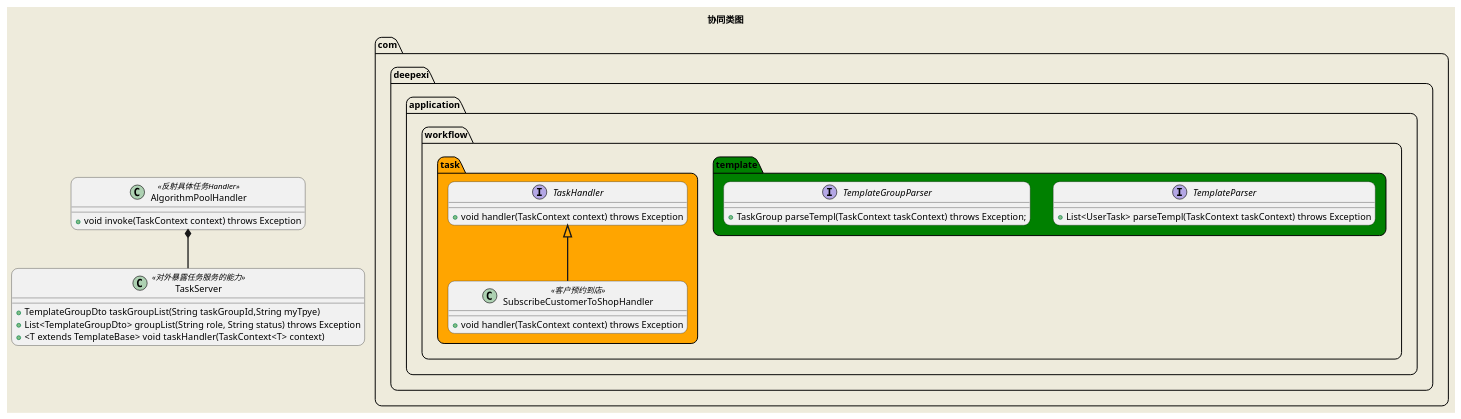
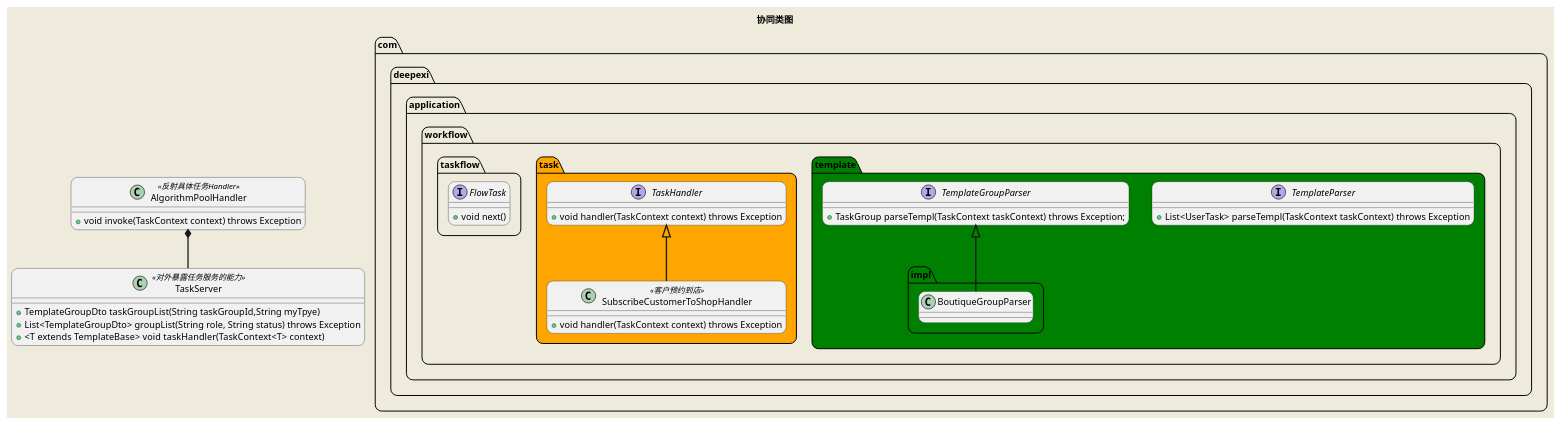
The diagram in doc/plantuml/4.协同类图.wsd (twfx7758/blchina), drawn with PlantUML before and after one commit. The commit also changed 7 other files, not shown here.

```diff
--- a/doc/plantuml/4.协同类图.wsd
+++ b/doc/plantuml/4.协同类图.wsd
@@ -1,46 +1,58 @@
 @startuml
 
 title 协同类图
 
 'skinparam packageStyle rect
 skinparam backgroundColor #EEEBDC
 skinparam roundcorner 20
 skinparam sequenceArrowThickness 2
 'skinparam handwritten true
 
 class TaskServer<<对外暴露任务服务的能力>> {
     +TemplateGroupDto taskGroupList(String taskGroupId,String myTpye)
     +List<TemplateGroupDto> groupList(String role, String status) throws Exception
     +<T extends TemplateBase>  void taskHandler(TaskContext<T> context)
 }
 
 class AlgorithmPoolHandler<<反射具体任务Handler>> {
     +void invoke(TaskContext context) throws Exception
 }
 
 AlgorithmPoolHandler *--TaskServer
 
-namespace com.deepexi.application.workflow.template #green {
+package com.deepexi.application.workflow.template #green {
     interface TemplateParser {
         +List<UserTask> parseTempl(TaskContext taskContext) throws Exception
     }
 
     interface TemplateGroupParser {
         +TaskGroup parseTempl(TaskContext taskContext) throws Exception;
     }
+
+    class impl.BoutiqueGroupParser {
+
+    }
+
+    TemplateGroupParser <|-- impl.BoutiqueGroupParser
 }
 
-namespace com.deepexi.application.workflow.task #orange {
+package com.deepexi.application.workflow.task #orange {
     interface TaskHandler {
         +void handler(TaskContext context) throws Exception
     }
 
     class SubscribeCustomerToShopHandler<<客户预约到店>> {
         +void handler(TaskContext context) throws Exception
     }
 
     TaskHandler <|-- SubscribeCustomerToShopHandler
 
 }
 
+package com.deepexi.application.workflow.taskflow {
+    interface FlowTask {
+        +void next()
+    }
+}
+
 @enduml
```
